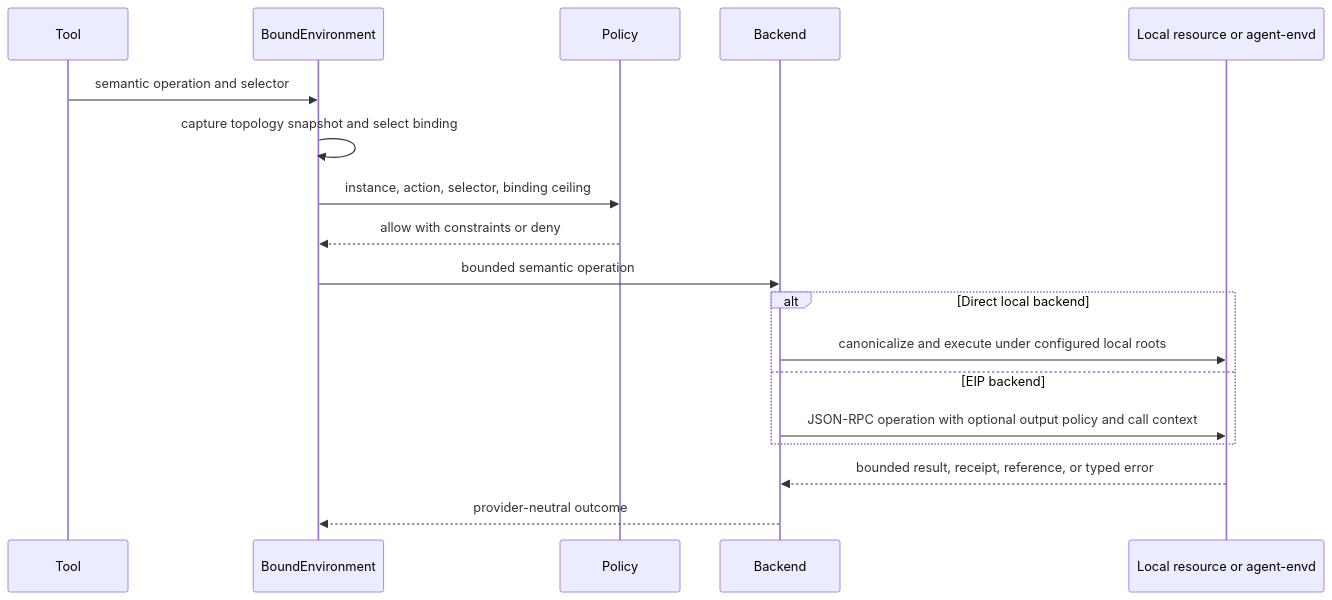
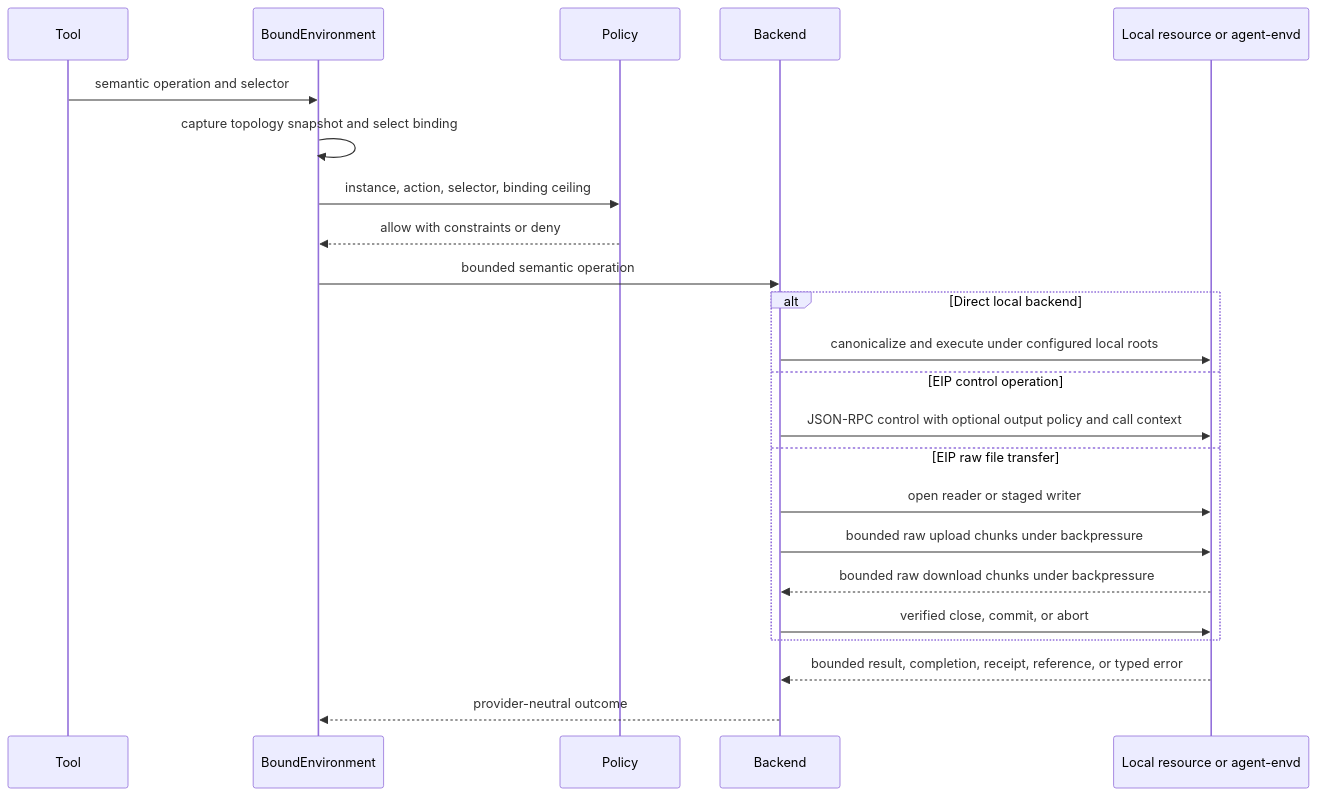
Before and after one commit to LTThreeComma/agent-foundation: the diagram in spec/agent-harness/08-environment-integration.md, drawn with Mermaid. The commit also changed other lines of this file and 12 other files, not shown here.

````diff
--- a/spec/agent-harness/08-environment-integration.md
+++ b/spec/agent-harness/08-environment-integration.md
@@ -239,21 +239,26 @@
 ```mermaid
 sequenceDiagram
     participant Tool
     participant Bound as BoundEnvironment
     participant Policy
     participant Backend
     participant Resource as Local resource or agent-envd
 
     Tool->>Bound: semantic operation and selector
     Bound->>Bound: capture topology snapshot and select binding
     Bound->>Policy: instance, action, selector, binding ceiling
     Policy-->>Bound: allow with constraints or deny
     Bound->>Backend: bounded semantic operation
     alt Direct local backend
         Backend->>Resource: canonicalize and execute under configured local roots
-    else EIP backend
-        Backend->>Resource: JSON-RPC operation with optional output policy and call context
+    else EIP control operation
+        Backend->>Resource: JSON-RPC control with optional output policy and call context
+    else EIP raw file transfer
+        Backend->>Resource: open reader or staged writer
+        Backend->>Resource: bounded raw upload chunks under backpressure
+        Resource-->>Backend: bounded raw download chunks under backpressure
+        Backend->>Resource: verified close, commit, or abort
     end
-    Resource-->>Backend: bounded result, receipt, reference, or typed error
+    Resource-->>Backend: bounded result, completion, receipt, reference, or typed error
     Backend-->>Bound: provider-neutral outcome
 ```
````
